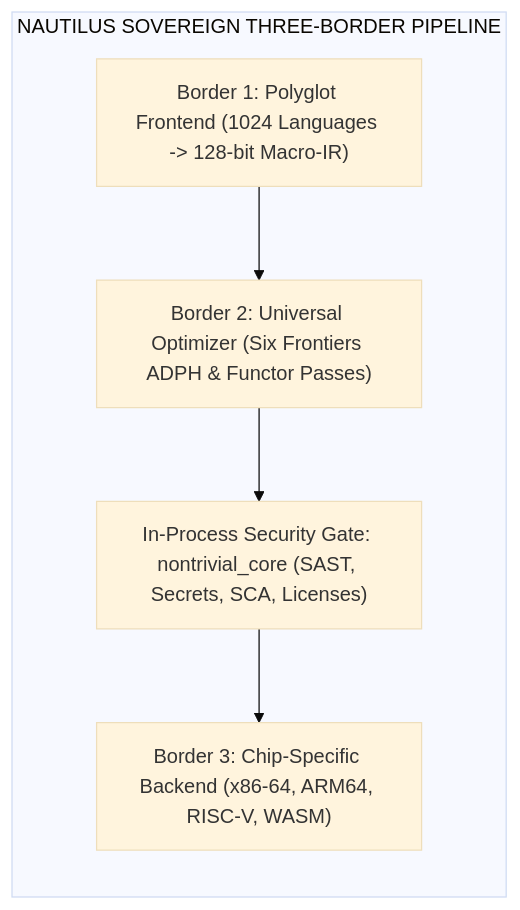
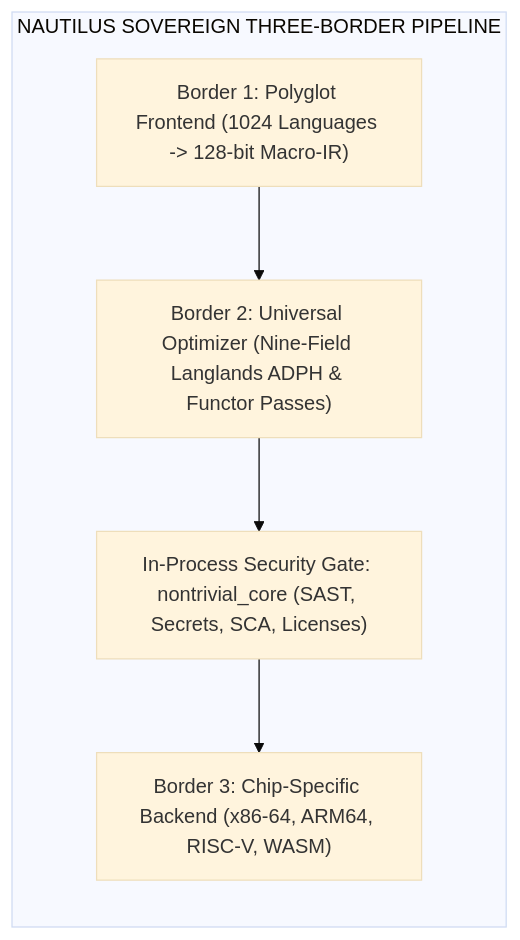
One commit to VelociKey/aCogSpaceSeed changed the diagram in .agents/skills/nautilus-engine/SKILL.md. Above: the diagram before and after it, drawn with Mermaid (base theme). The commit also changed other lines of this file and 114 other files, not shown here.

````diff
--- a/.agents/skills/nautilus-engine/SKILL.md
+++ b/.agents/skills/nautilus-engine/SKILL.md
@@ -15,15 +15,15 @@
 ```mermaid
 flowchart TD
     subgraph NautilusThreeBorders ["NAUTILUS SOVEREIGN THREE-BORDER PIPELINE"]
         direction TB
 
         B1["Border 1: Polyglot Frontend (1024 Languages -> 128-bit Macro-IR)"]
-        B2["Border 2: Universal Optimizer (Six Frontiers ADPH & Functor Passes)"]
+        B2["Border 2: Universal Optimizer (Nine-Field Langlands ADPH & Functor Passes)"]
         B3["Border 3: Chip-Specific Backend (x86-64, ARM64, RISC-V, WASM)"]
         Gate["In-Process Security Gate: nontrivial_core (SAST, Secrets, SCA, Licenses)"]
 
         B1 --> B2
         B2 --> Gate
         Gate --> B3
     end
 ```
````
